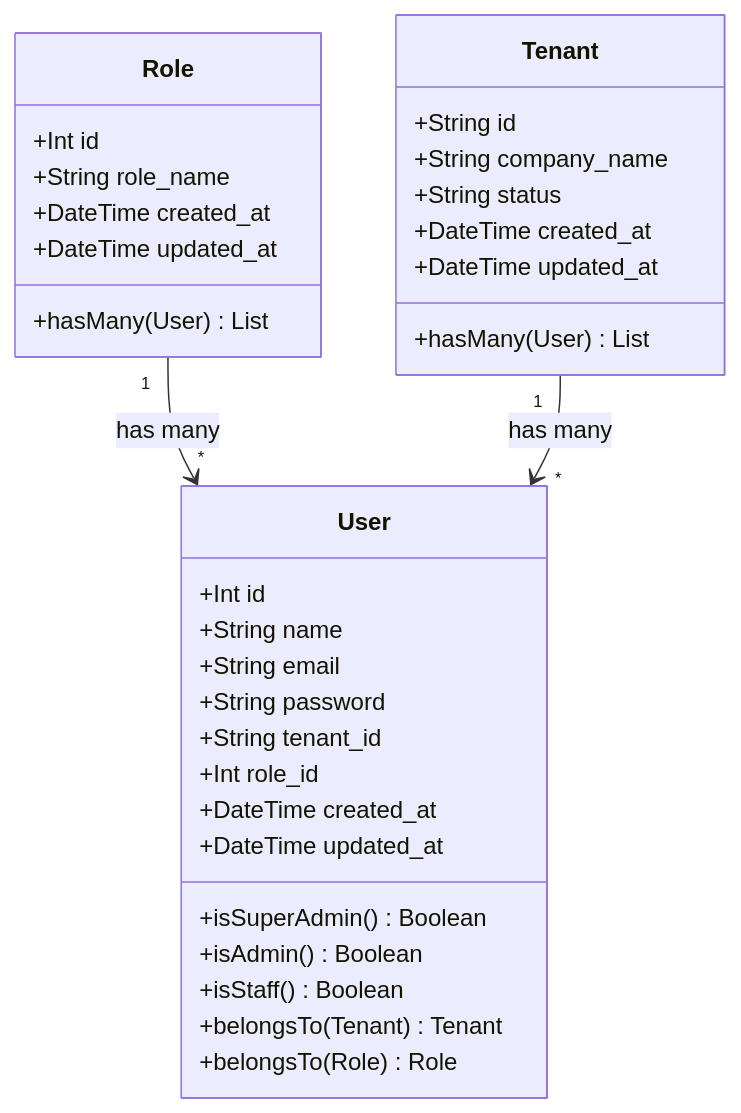
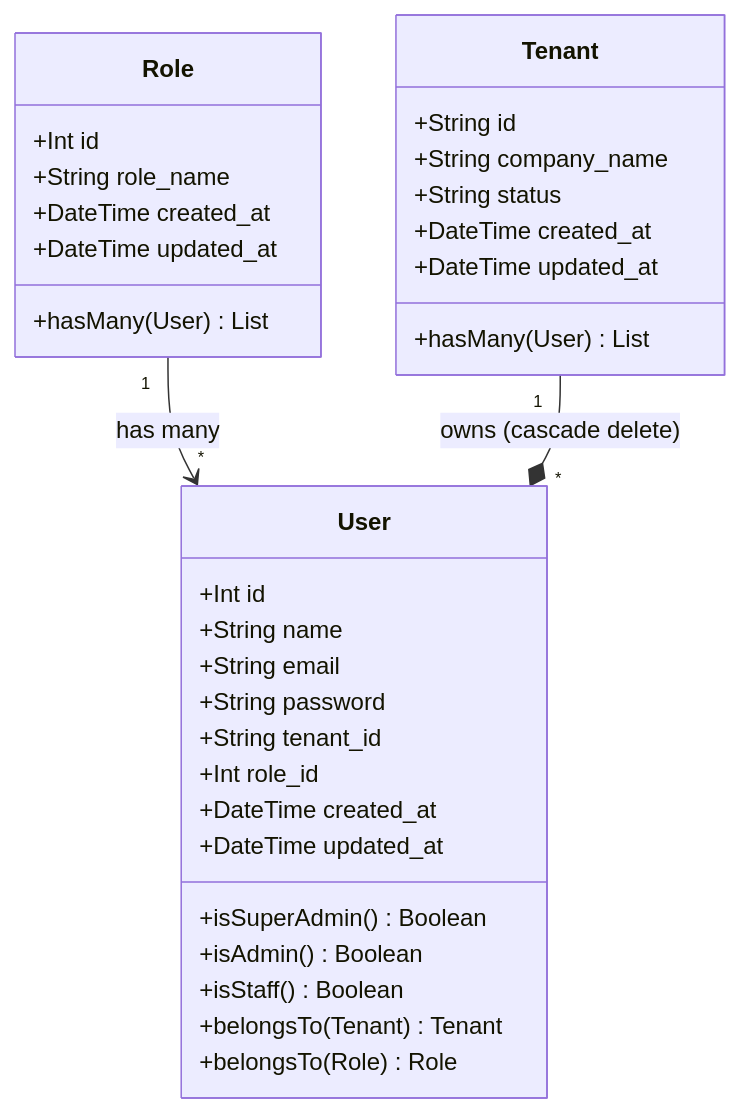
The diagram in README.md (hasya-manan/saas-app), drawn with Mermaid before and after one commit.

Commit message:
add composition and association

````diff
--- a/README.md
+++ b/README.md
@@ -26,38 +26,38 @@
 ```mermaid
 classDiagram
     class Tenant {
         +String id
         +String company_name
         +String status
         +DateTime created_at
         +DateTime updated_at
         +hasMany(User) List
     }
 
     class User {
         +Int id
         +String name
         +String email
         +String password
         +String tenant_id
         +Int role_id
         +DateTime created_at
         +DateTime updated_at
         +isSuperAdmin() Boolean
         +isAdmin() Boolean
         +isStaff() Boolean
         +belongsTo(Tenant) Tenant
         +belongsTo(Role) Role
     }
 
     class Role {
         +Int id
         +String role_name
         +DateTime created_at
         +DateTime updated_at
         +hasMany(User) List
     }
 
     Role "1" --> "*" User : has many
-    Tenant "1" --> "*" User : has many
+    Tenant "1" --* "*" User : owns (cascade delete)
 ```
````
